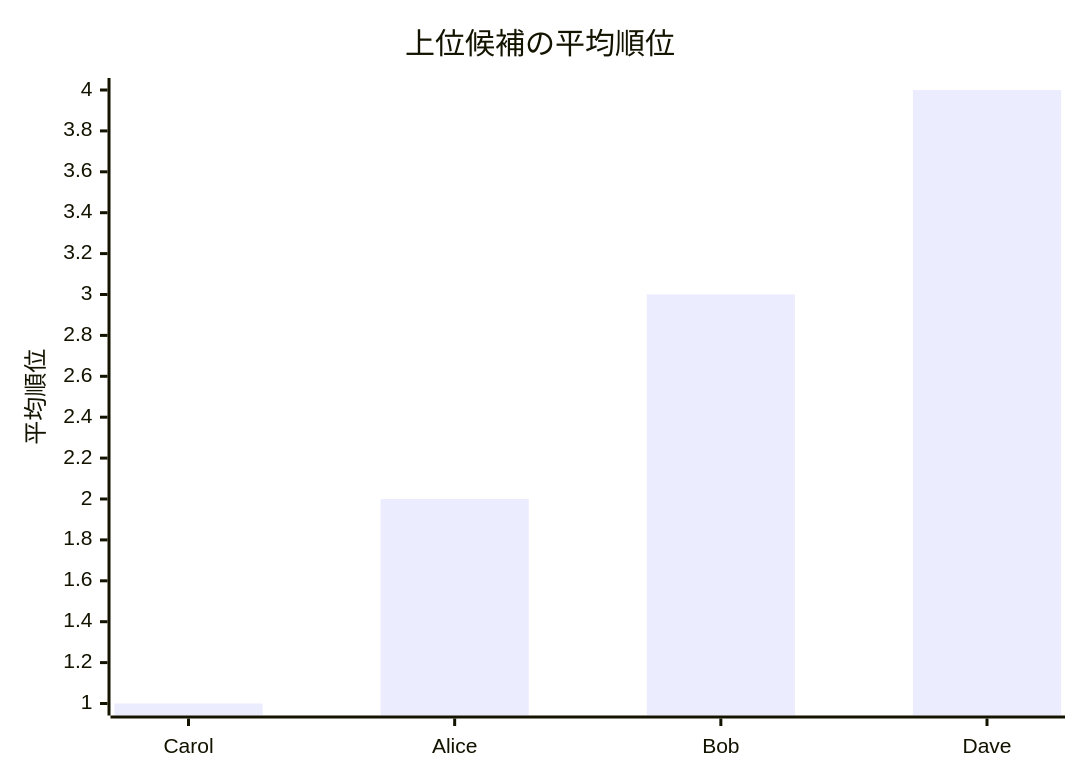
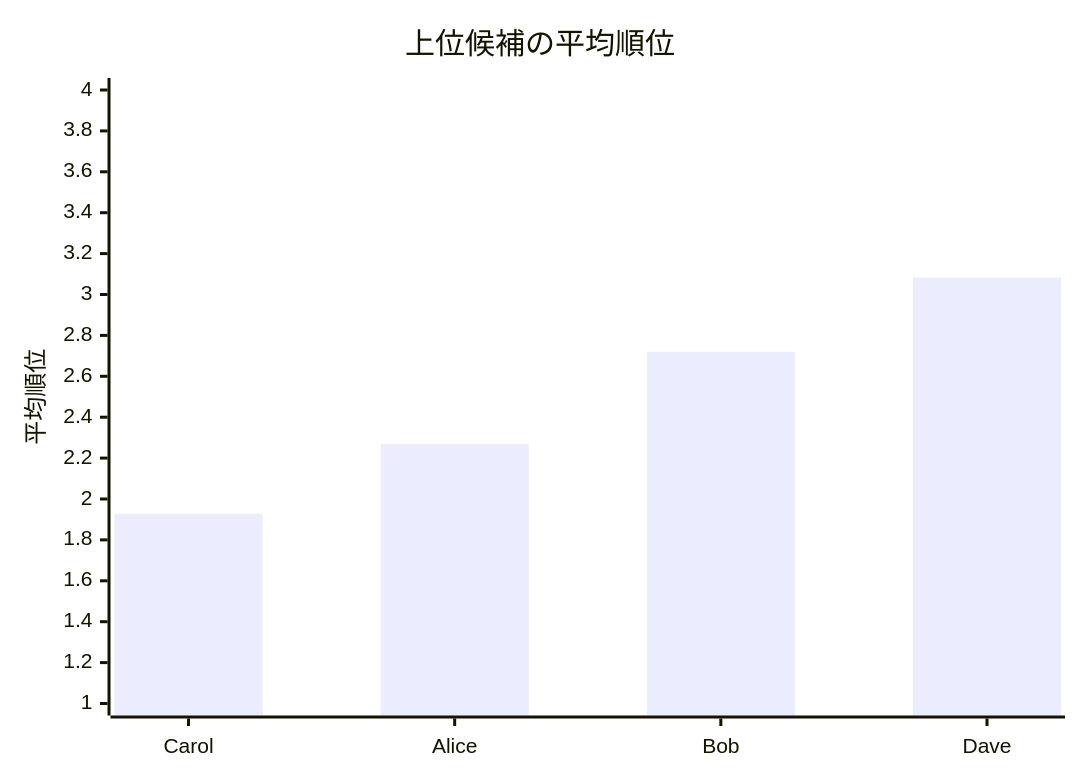
Before and after one commit to muzudho/ShogiTournamentSystemAnalyzer: the second of 2 diagrams in ShogiTournamentSystemAnalyzer/Output/tournament_framework_result_[大会進行フレームワーク_最小].md, drawn with Mermaid. The commit also changed other lines of this file and 9 other files, not shown here.

````diff
--- a/ShogiTournamentSystemAnalyzer/Output/tournament_framework_result_[大会進行フレームワーク_最小].md
+++ b/ShogiTournamentSystemAnalyzer/Output/tournament_framework_result_[大会進行フレームワーク_最小].md
@@ -37,7 +37,7 @@
 ```mermaid
 xychart-beta
     title "上位候補の平均順位"
     x-axis ["Carol", "Alice", "Bob", "Dave"]
     y-axis "平均順位" 1 --> 4
-    bar [1.000, 2.000, 3.000, 4.000]
+    bar [1.928, 2.269, 2.720, 3.083]
 ```
````
